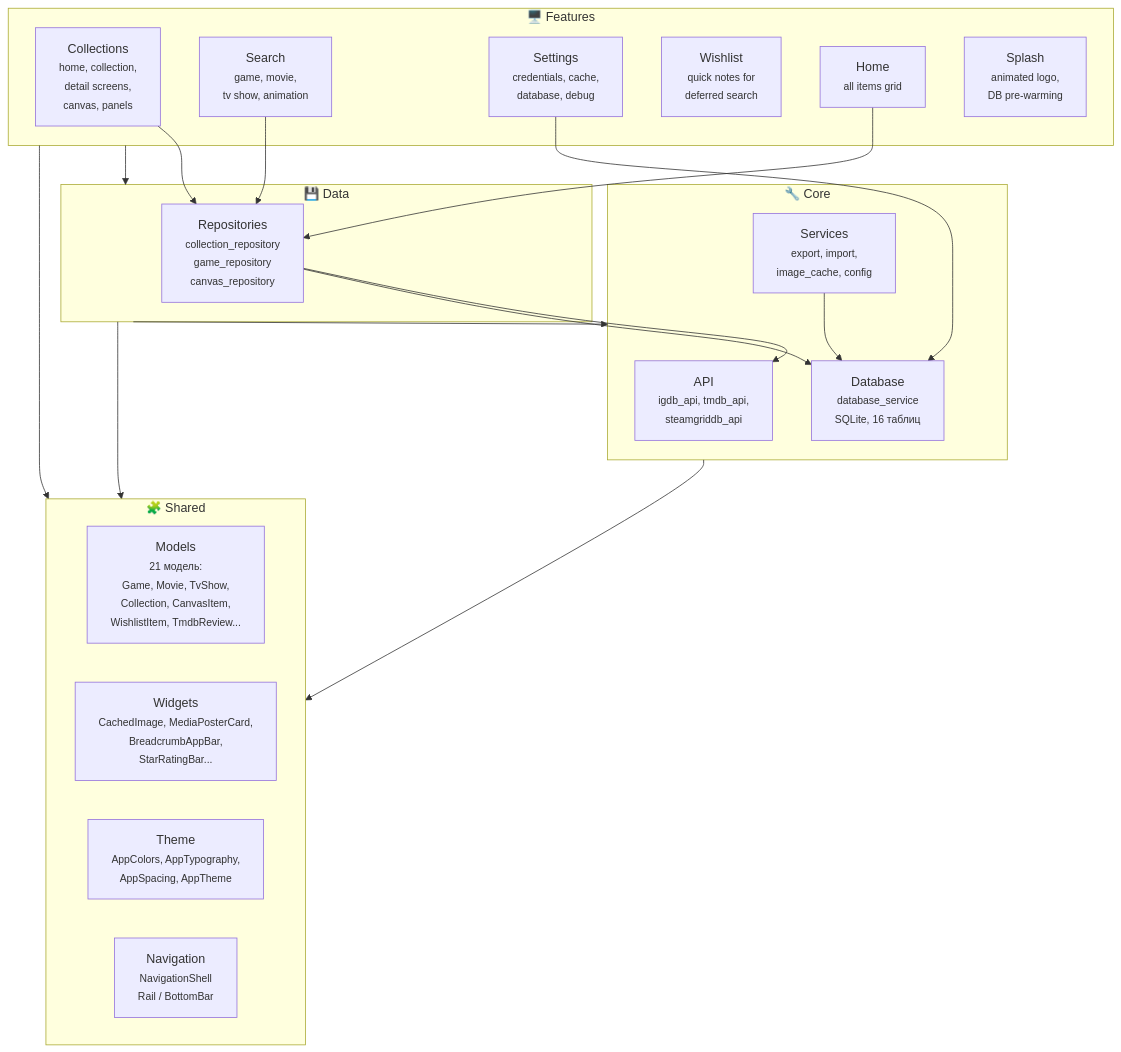
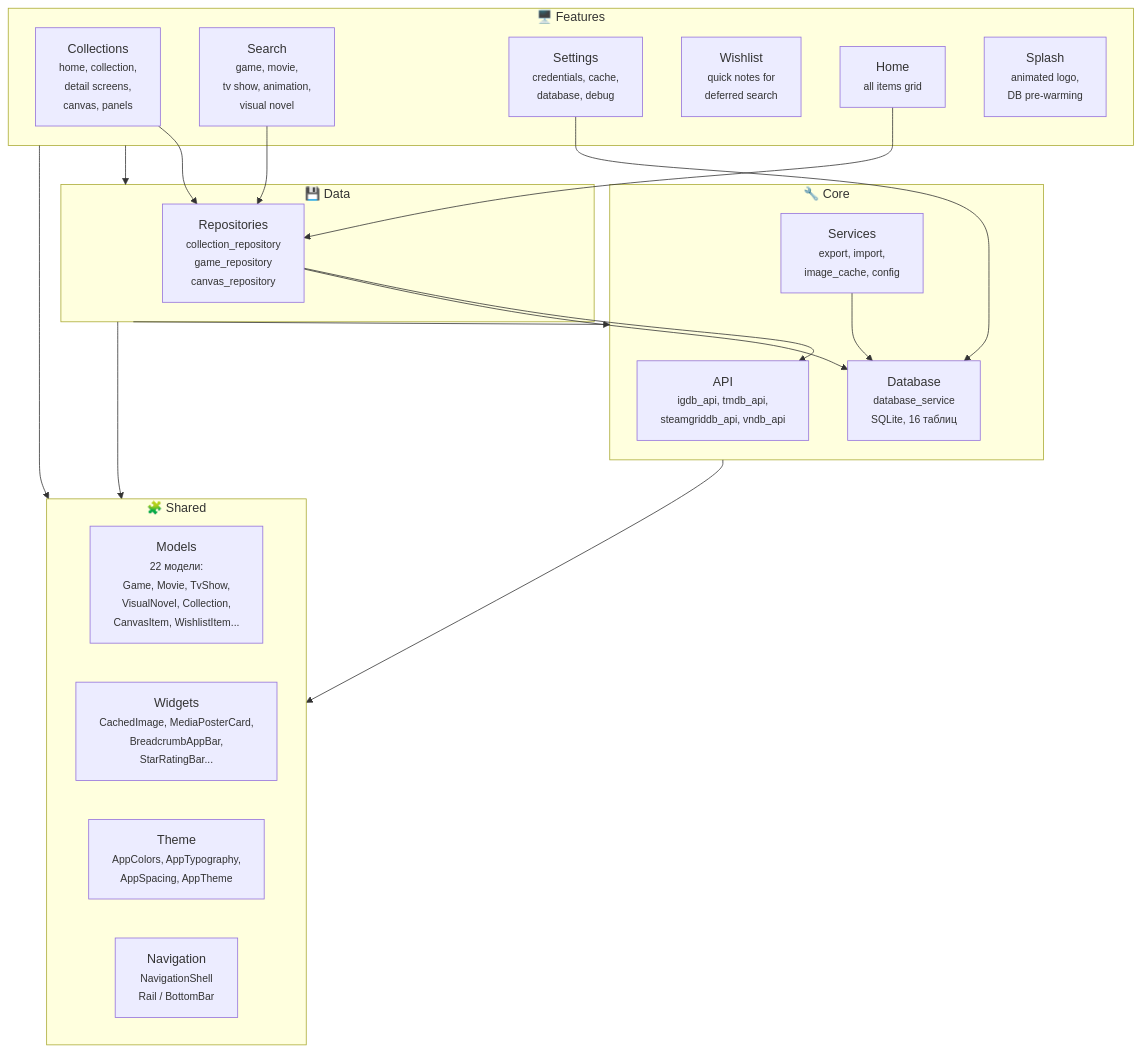
One commit to hacan359/tonkatsu_box changed the first of 2 diagrams in docs/ARCHITECTURE.md. Above: the diagram before and after it, drawn with Mermaid. The commit also changed other lines of this file and 51 other files, not shown here.

First line of the commit message:
feat: integrate VNDB as 5th media type for visual novels

````diff
--- a/docs/ARCHITECTURE.md
+++ b/docs/ARCHITECTURE.md
@@ -24,42 +24,42 @@
 ```mermaid
 graph TB
     subgraph core ["🔧 Core"]
-        api["API<br/><small>igdb_api, tmdb_api,<br/>steamgriddb_api</small>"]
+        api["API<br/><small>igdb_api, tmdb_api,<br/>steamgriddb_api, vndb_api</small>"]
         database["Database<br/><small>database_service<br/>SQLite, 16 таблиц</small>"]
         services["Services<br/><small>export, import,<br/>image_cache, config</small>"]
     end
 
     subgraph data ["💾 Data"]
         repositories["Repositories<br/><small>collection_repository<br/>game_repository<br/>canvas_repository</small>"]
     end
 
     subgraph features ["🖥️ Features"]
         collections["Collections<br/><small>home, collection,<br/>detail screens,<br/>canvas, panels</small>"]
-        search["Search<br/><small>game, movie,<br/>tv show, animation</small>"]
+        search["Search<br/><small>game, movie,<br/>tv show, animation,<br/>visual novel</small>"]
         settings["Settings<br/><small>credentials, cache,<br/>database, debug</small>"]
         wishlist["Wishlist<br/><small>quick notes for<br/>deferred search</small>"]
         home["Home<br/><small>all items grid</small>"]
         splash["Splash<br/><small>animated logo,<br/>DB pre-warming</small>"]
     end
 
     subgraph shared ["🧩 Shared"]
-        models["Models<br/><small>21 модель:<br/>Game, Movie, TvShow,<br/>Collection, CanvasItem,<br/>WishlistItem, TmdbReview...</small>"]
+        models["Models<br/><small>22 модели:<br/>Game, Movie, TvShow,<br/>VisualNovel, Collection,<br/>CanvasItem, WishlistItem...</small>"]
         widgets["Widgets<br/><small>CachedImage, MediaPosterCard,<br/>BreadcrumbAppBar,<br/>StarRatingBar...</small>"]
         theme["Theme<br/><small>AppColors, AppTypography,<br/>AppSpacing, AppTheme</small>"]
         navigation["Navigation<br/><small>NavigationShell<br/>Rail / BottomBar</small>"]
     end
 
     features --> data
     features --> shared
     data --> core
     data --> shared
     core --> shared
 
     collections --> repositories
     search --> repositories
     settings --> database
     home --> repositories
     repositories --> api
     repositories --> database
     services --> database
 ```
````
